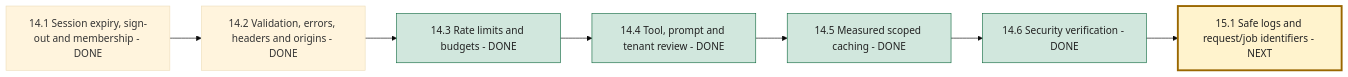
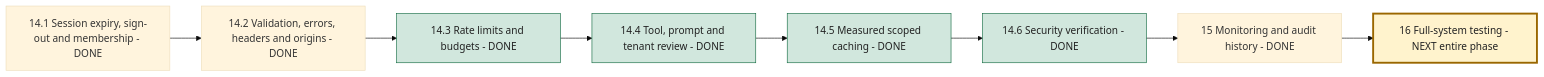
One commit to msdian0007/nexaAi changed the sixth of 7 diagrams in NEXAAI_ROADMAP.md. Above: the diagram before and after it, drawn with Mermaid (base theme). The commit also changed other lines of this file and 8 other files, not shown here.

````diff
--- a/NEXAAI_ROADMAP.md
+++ b/NEXAAI_ROADMAP.md
@@ -383,14 +394,15 @@
 ```mermaid
 flowchart LR
     A[14.1 Session expiry, sign-out and membership - DONE] --> B[14.2 Validation, errors, headers and origins - DONE]
     B --> C[14.3 Rate limits and budgets - DONE]
     C --> D[14.4 Tool, prompt and tenant review - DONE]
     D --> E[14.5 Measured scoped caching - DONE]
     E --> F[14.6 Security verification - DONE]
-    F --> G[15.1 Safe logs and request/job identifiers - NEXT]
+    F --> G[15 Monitoring and audit history - DONE]
+    G --> H[16 Full-system testing - NEXT entire phase]
     style C fill:#d1e7dd,stroke:#146c43,color:#222
     style D fill:#d1e7dd,stroke:#146c43,color:#222
     style E fill:#d1e7dd,stroke:#146c43,color:#222
     style F fill:#d1e7dd,stroke:#146c43,color:#222
-    style G fill:#fff3cd,stroke:#9a6700,stroke-width:3px,color:#222
+    style H fill:#fff3cd,stroke:#9a6700,stroke-width:3px,color:#222
 ```
````
